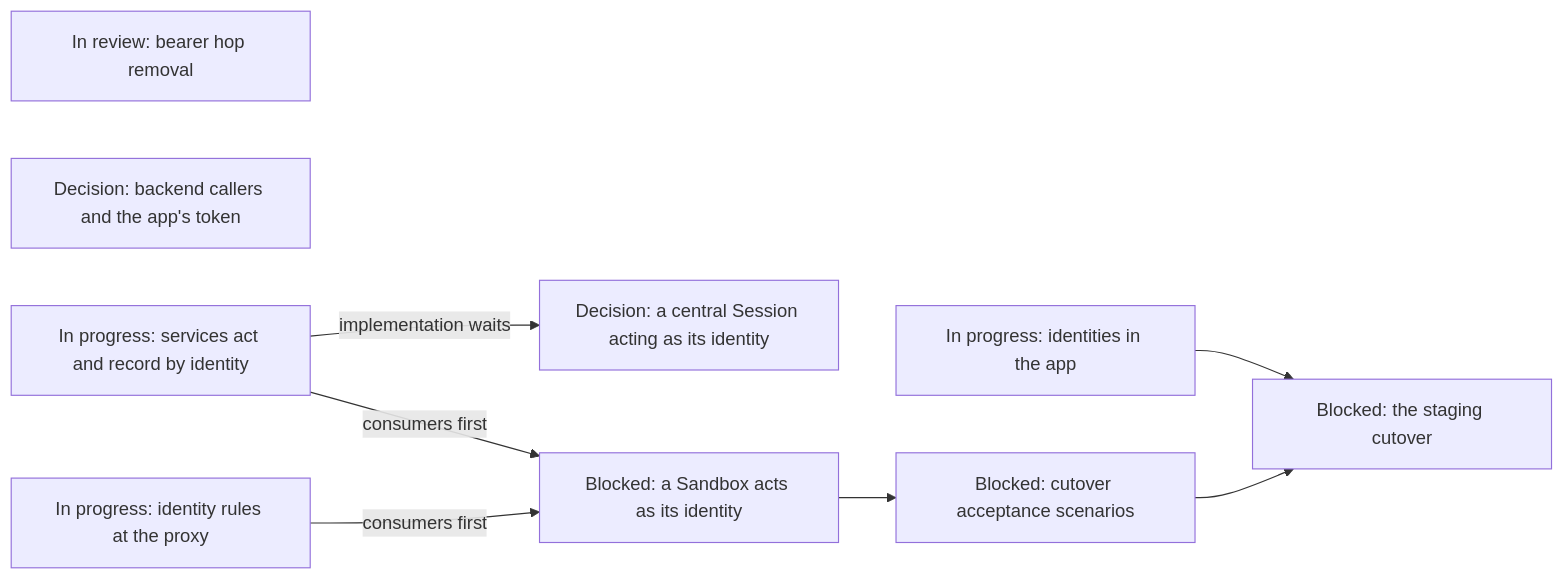
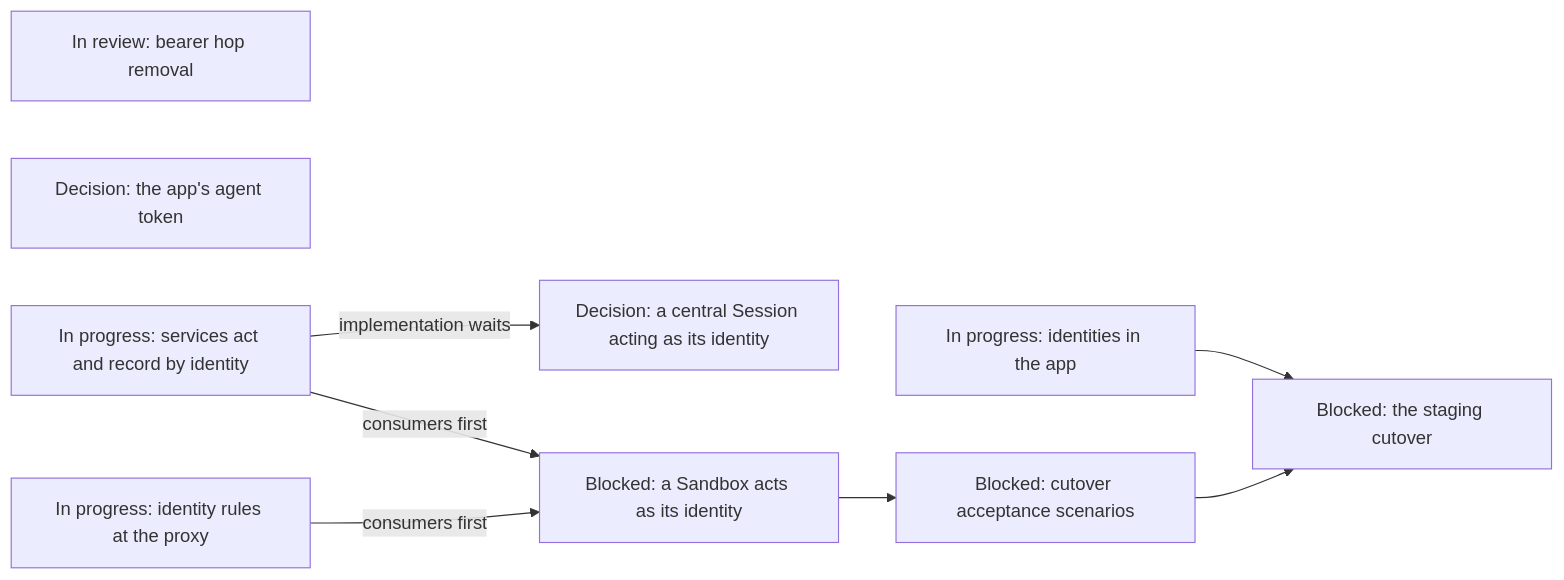
Diagram 17 of 19 in agentplane/plans/task_dag.md (agentydragon/ducktape), drawn with Mermaid before and after one commit. The commit also changed other lines of this file and 3 other files, not shown here.

First line of the commit message:
agentplane/plans: backend services keep TokenReview, never hold agent keys

````diff
--- a/agentplane/plans/task_dag.md
+++ b/agentplane/plans/task_dag.md
@@ -3033,16 +3033,16 @@
 ```mermaid
 flowchart LR
     WORKLOAD_AUTH_CUTOVER[In review: bearer hop removal]
-    SERVICE_CALLER_AUTH_DECISION[Decision: backend callers and the app's token]
+    APP_AGENT_TOKEN_DECISION[Decision: the app's agent token]
     CENTRAL_SESSION_ACTING_DESIGN[Decision: a central Session acting as its identity]
     SERVICES_IDENTITY_PRINCIPAL -->|implementation waits| CENTRAL_SESSION_ACTING_DESIGN
     APP_IDENTITIES_UI[In progress: identities in the app]
     EGRESS_IDENTITY_RULES[In progress: identity rules at the proxy]
     SERVICES_IDENTITY_PRINCIPAL[In progress: services act and record by identity]
     SANDBOX_IDENTITY_SPEC[Blocked: a Sandbox acts as its identity]
     EGRESS_IDENTITY_RULES -->|consumers first| SANDBOX_IDENTITY_SPEC
     SERVICES_IDENTITY_PRINCIPAL -->|consumers first| SANDBOX_IDENTITY_SPEC
     SANDBOX_IDENTITY_SPEC --> IDENTITY_SYSTEM_TESTS[Blocked: cutover acceptance scenarios]
     IDENTITY_SYSTEM_TESTS --> IDENTITY_CUTOVER[Blocked: the staging cutover]
     APP_IDENTITIES_UI --> IDENTITY_CUTOVER
 ```
````
